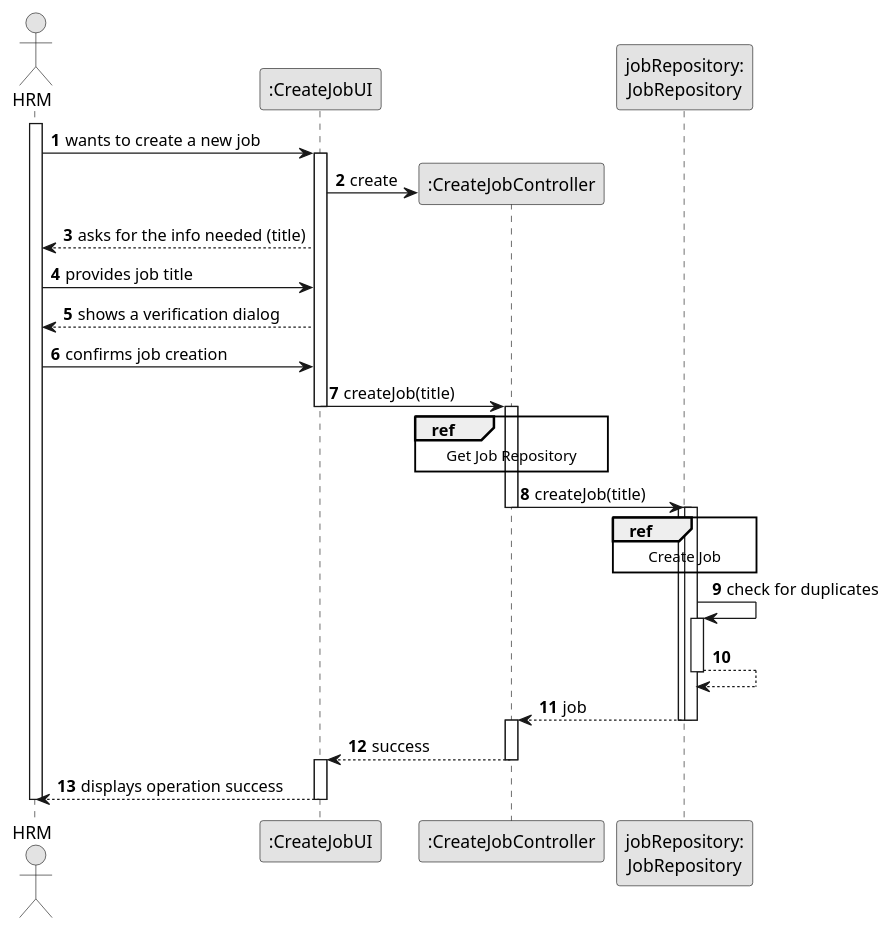
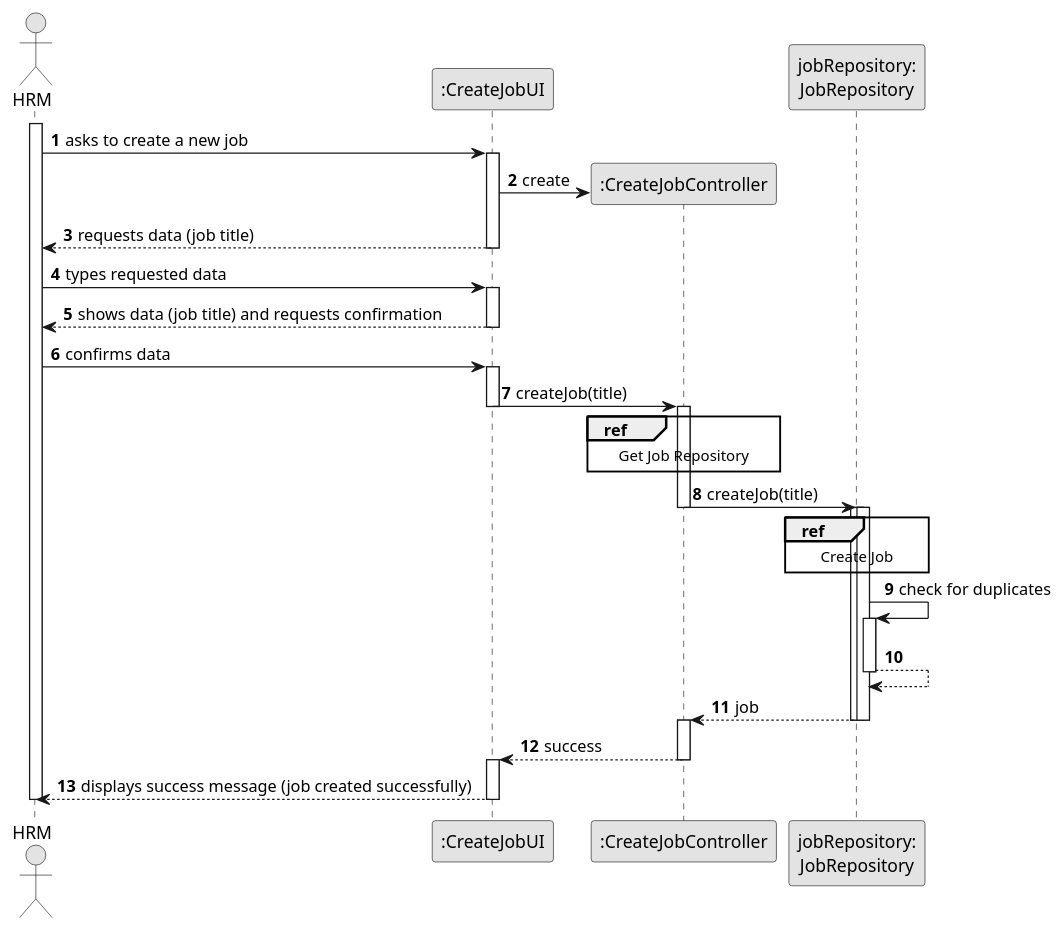
One commit to ricardomm7/leaflink changed the diagram in docs/sprintB/us002/03.design/puml/us002-sequence-diagram-split.puml. Above: the diagram before and after it, drawn with PlantUML. The commit also changed 20 other files, not shown here.

```diff
--- a/docs/sprintB/us002/03.design/puml/us002-sequence-diagram-split.puml
+++ b/docs/sprintB/us002/03.design/puml/us002-sequence-diagram-split.puml
@@ -1,63 +1,67 @@
 @startuml
 skinparam monochrome true
 skinparam packageStyle rectangle
 skinparam shadowing false
 
 autonumber
 
 'hide footbox
 actor "HRM" as Employee
 participant ":CreateJobUI" as UI
 participant ":CreateJobController" as CTRL
 participant "jobRepository:\nJobRepository" as jobRepository
 
 activate Employee
 
-Employee -> UI : wants to create a new job
+Employee -> UI : asks to create a new job
 activate UI
 
 UI -> CTRL** : create
 
-UI --> Employee : asks for the info needed (title)
+UI --> Employee : requests data (job title)
+deactivate UI
 
-Employee -> UI : provides job title
+Employee -> UI : types requested data
+activate UI
 
-UI --> Employee : shows a verification dialog
+UI --> Employee : shows data (job title) and requests confirmation
+deactivate UI
 
-Employee -> UI : confirms job creation
+Employee -> UI : confirms data
+activate UI
 
 UI -> CTRL : createJob(title)
 deactivate UI
 activate CTRL
         ref over CTRL
             Get Job Repository
         end ref
 
 CTRL -> jobRepository : createJob(title)
 deactivate CTRL
 activate jobRepository
 
         ref over jobRepository
             Create Job
         end ref
 
     activate jobRepository
     jobRepository -> jobRepository : check for duplicates
     activate jobRepository
     jobRepository --> jobRepository
     deactivate jobRepository
 
 jobRepository --> CTRL : job
 deactivate jobRepository
 activate CTRL
 deactivate jobRepository
 
 CTRL --> UI : success
 deactivate CTRL
 activate UI
-UI --> Employee : displays operation success
+UI --> Employee : displays success message (job created successfully)
 
 deactivate UI
 deactivate Employee
 
 @enduml
```
